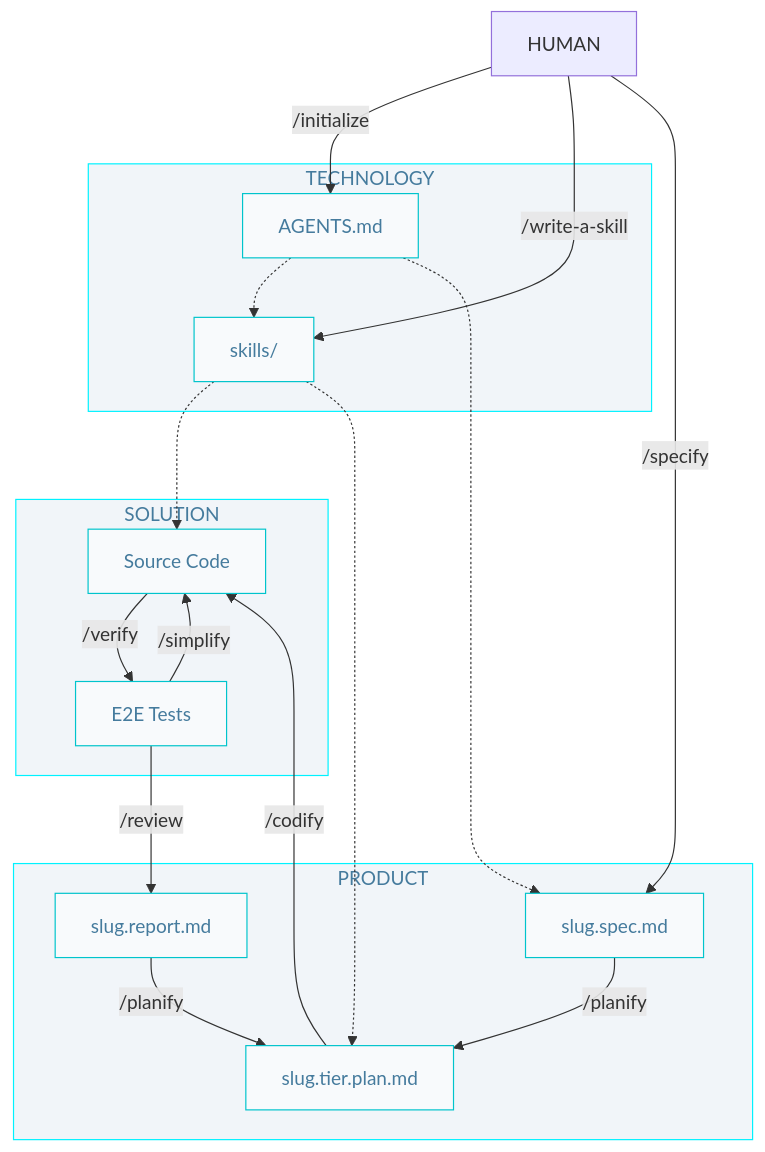
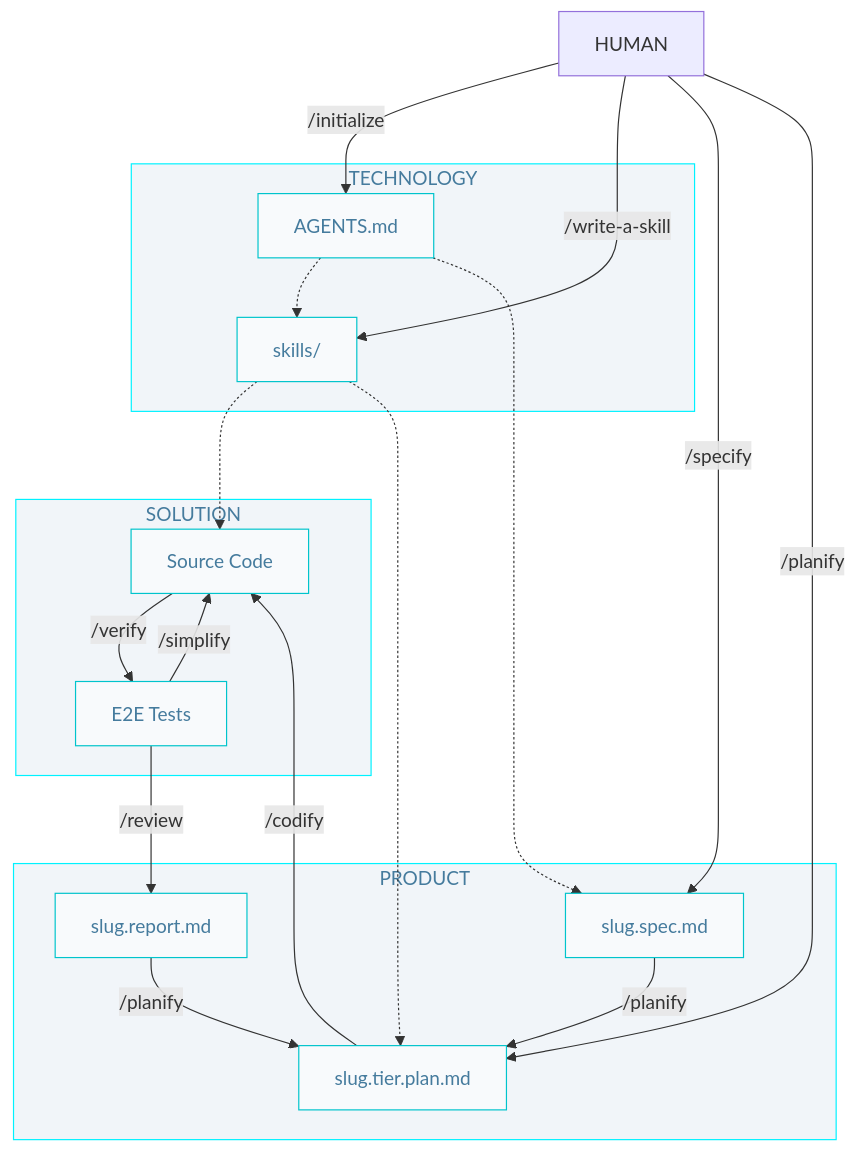
Before and after one commit to AIDDbot/AIDDbot: the diagram in docs/AIDD.workflow.md, drawn with Mermaid. The commit also changed 3 other files, not shown here.

````diff
--- a/docs/AIDD.workflow.md
+++ b/docs/AIDD.workflow.md
@@ -3,39 +3,40 @@
 ```mermaid
 flowchart TD
   classDef nd fill:#f8fafc,stroke:#00c4cc,color:#457b9d
   classDef sg fill:#f1f5f9,stroke:#00f2ff,color:#457b9d 
 
   HUM[HUMAN]
 
   subgraph P["PRODUCT"]
       SPC["slug.spec.md"]:::nd
       PLN["slug.tier.plan.md"]:::nd
       RPT["slug.report.md"]:::nd
   end
 
   subgraph T["TECHNOLOGY"]
       AGT["AGENTS.md"]:::nd
       SKL["skills/"]:::nd
   end  
 
   subgraph S["SOLUTION"]
       COD[Source Code]:::nd
       E2E["E2E Tests"]:::nd
   end
 
   HUM -->|/initialize| AGT
   HUM -->|/write-a-skill| SKL
   HUM -->|/specify| SPC
+  HUM -->|/planify| PLN
   RPT -->|/planify| PLN
   AGT -.-> SKL
   AGT -.-> SPC  
   SKL -.-> COD  
   SKL -.-> PLN
   SPC -->|/planify| PLN
   PLN -->|/codify| COD
   COD -->|/verify| E2E
   E2E -->|/simplify| COD
   E2E -->|/review| RPT
 
   class P,T,S sg
 ```
````
